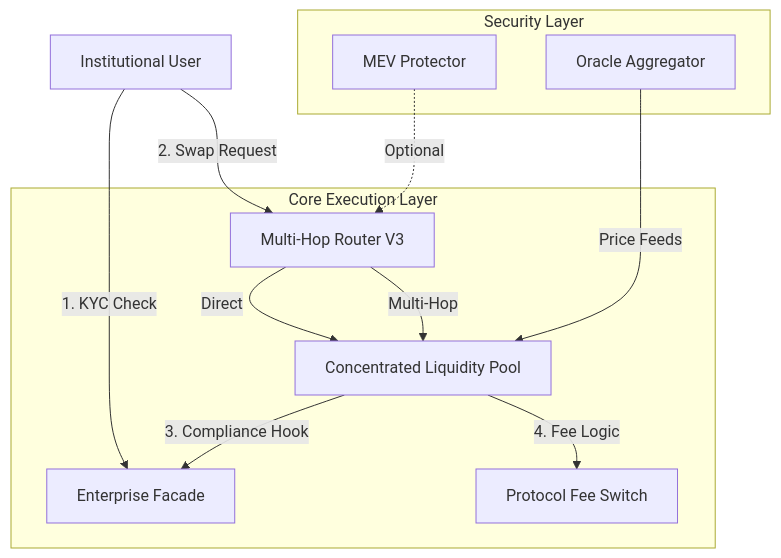
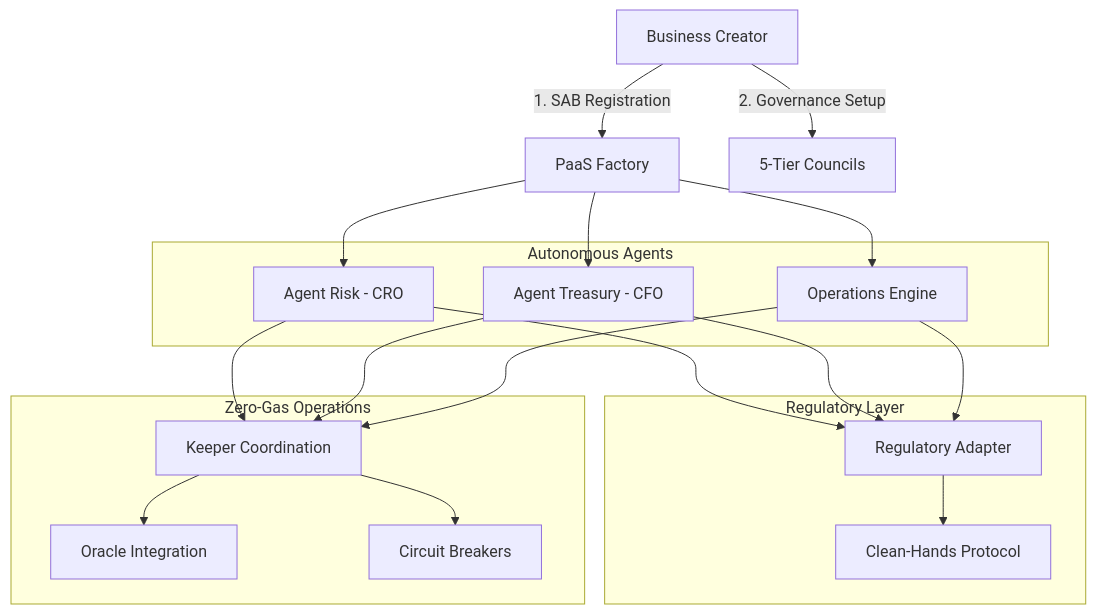
Before and after one commit to Anya-org/Conxian: the diagram in documentation/reports/UNIFIED_SYSTEM_ROADMAP.md, drawn with Mermaid. The commit also changed other lines of this file and 7 other files, not shown here.

````diff
--- a/documentation/reports/UNIFIED_SYSTEM_ROADMAP.md
+++ b/documentation/reports/UNIFIED_SYSTEM_ROADMAP.md
@@ -46,17 +53,35 @@
 ```mermaid
 graph TD
-    User[Institutional User] -->|1. KYC Check| EntFacade[Enterprise Facade]
-    User -->|2. Swap Request| Router[Multi-Hop Router V3]
+    User[Business Creator] -->|1. SAB Registration| PaaS[PaaS Factory]
+    User -->|2. Governance Setup| Councils[5-Tier Councils]
     
-    subgraph "Core Execution Layer"
-        Router -->|Direct| Pool[Concentrated Liquidity Pool]
-        Router -->|Multi-Hop| Pool
-        Pool -->|3. Compliance Hook| EntFacade
-        Pool -->|4. Fee Logic| FeeSwitch[Protocol Fee Switch]
+    subgraph "Autonomous Agents"
+        Risk[Agent Risk - CRO]
+        Treasury[Agent Treasury - CFO]
+        Ops[Operations Engine]
     end
     
-    subgraph "Security Layer"
-        MEV[MEV Protector] -.->|Optional| Router
-        Oracle[Oracle Aggregator] -->|Price Feeds| Pool
+    subgraph "Regulatory Layer"
+        RegAdapter[Regulatory Adapter]
+        Compliance[Clean-Hands Protocol]
     end
+    
+    subgraph "Zero-Gas Operations"
+        Keeper[Keeper Coordination]
+        Oracle[Oracle Integration]
+        Circuit[Circuit Breakers]
+    end
+    
+    PaaS --> Risk
+    PaaS --> Treasury
+    PaaS --> Ops
+    Risk --> RegAdapter
+    Treasury --> RegAdapter
+    Ops --> RegAdapter
+    RegAdapter --> Compliance
+    Risk --> Keeper
+    Treasury --> Keeper
+    Ops --> Keeper
+    Keeper --> Oracle
+    Keeper --> Circuit
 ```
````
